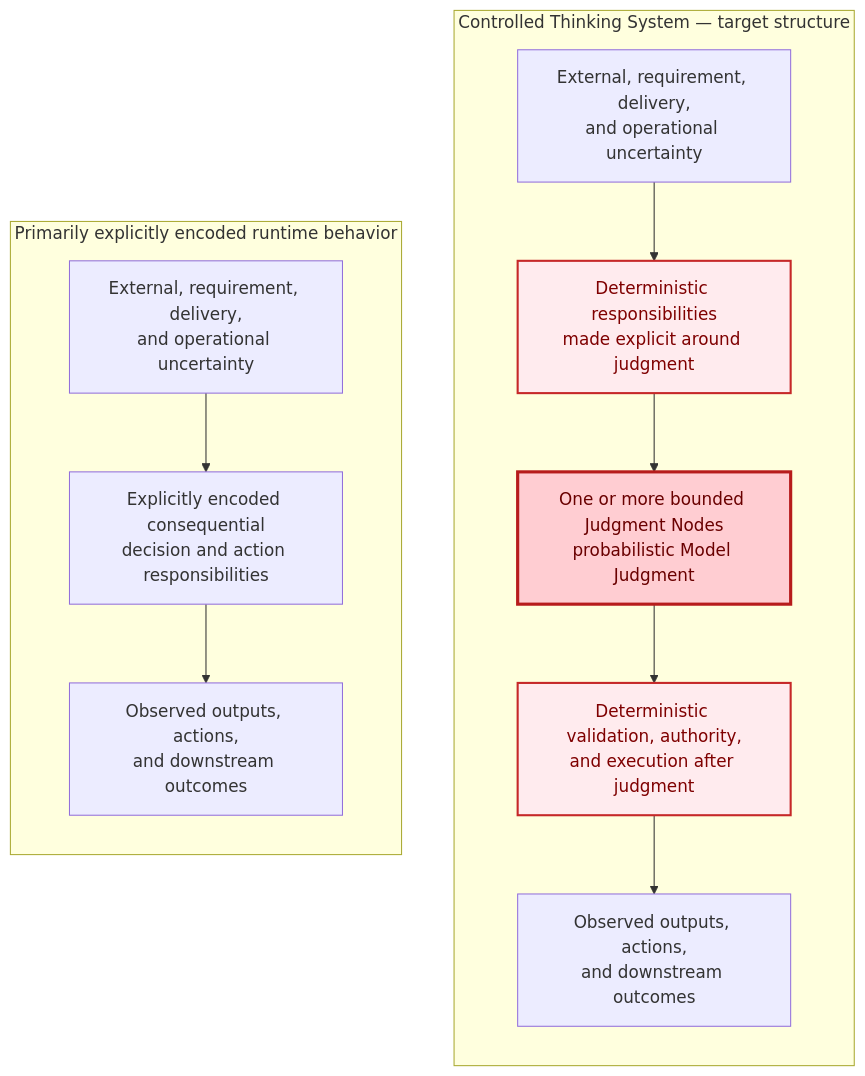
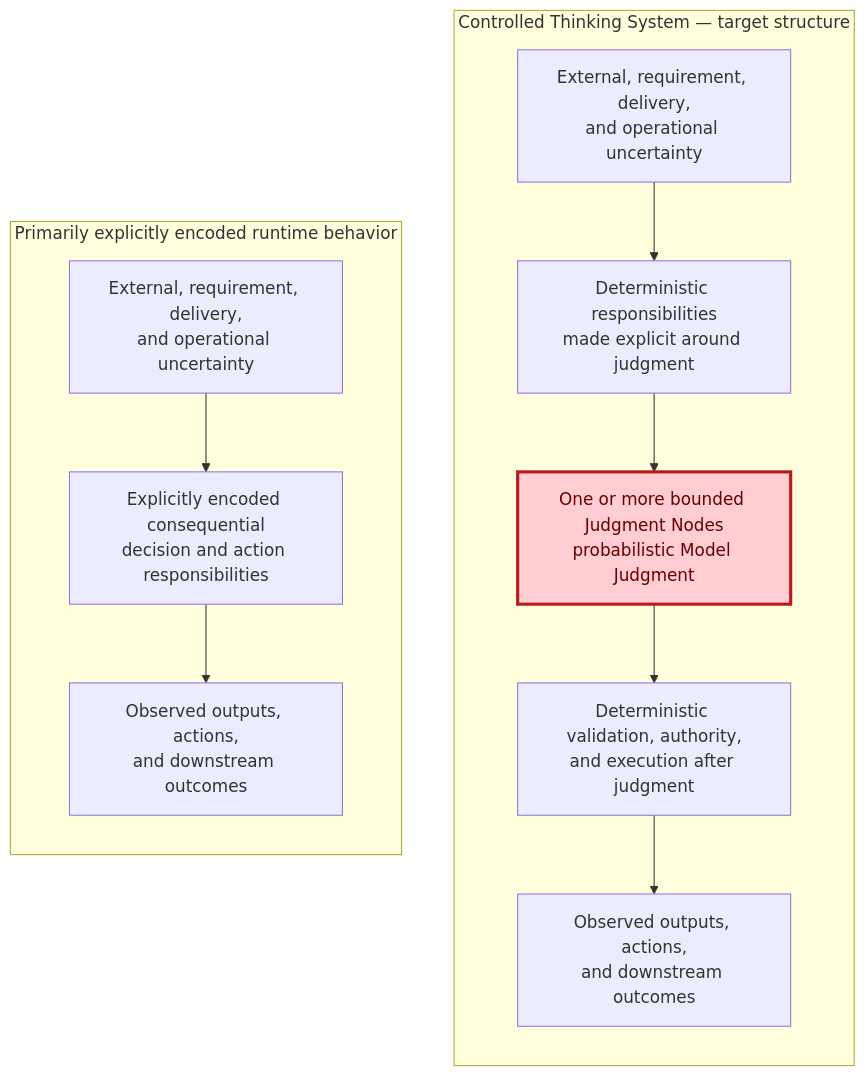
One commit to UncertaintyArchitectureGroup/uncertainty-architecture changed the third of 14 diagrams in content/research/notes/open-engineering-specification-article-draft.md. Above: the diagram before and after it, drawn with Mermaid. The commit also changed other lines of this file, not shown here.

````diff
--- a/content/research/notes/open-engineering-specification-article-draft.md
+++ b/content/research/notes/open-engineering-specification-article-draft.md
@@ -201,27 +201,26 @@
 ```mermaid
 flowchart LR
     subgraph A["Primarily explicitly encoded runtime behavior"]
         direction TB
         A1["External, requirement, delivery,<br/>and operational uncertainty"]
         A2["Explicitly encoded consequential<br/>decision and action responsibilities"]
         A3["Observed outputs, actions,<br/>and downstream outcomes"]
         A1 --> A2 --> A3
     end
 
     subgraph B["Controlled Thinking System — target structure"]
         direction TB
         B1["External, requirement, delivery,<br/>and operational uncertainty"]
         B2["Deterministic responsibilities<br/>made explicit around judgment"]
         J1["One or more bounded Judgment Nodes<br/>probabilistic Model Judgment"]
         B3["Deterministic validation, authority,<br/>and execution after judgment"]
         B4["Observed outputs, actions,<br/>and downstream outcomes"]
         B1 --> B2 --> J1 --> B3 --> B4
     end
 
     A2 ~~~ J1
 
     classDef changed fill:#ffebee,stroke:#c62828,stroke-width:2px,color:#7f0000;
     classDef judgment fill:#ffcdd2,stroke:#b71c1c,stroke-width:3px,color:#6a0000;
-    class B2,B3 changed;
     class J1 judgment;
 ```
````
